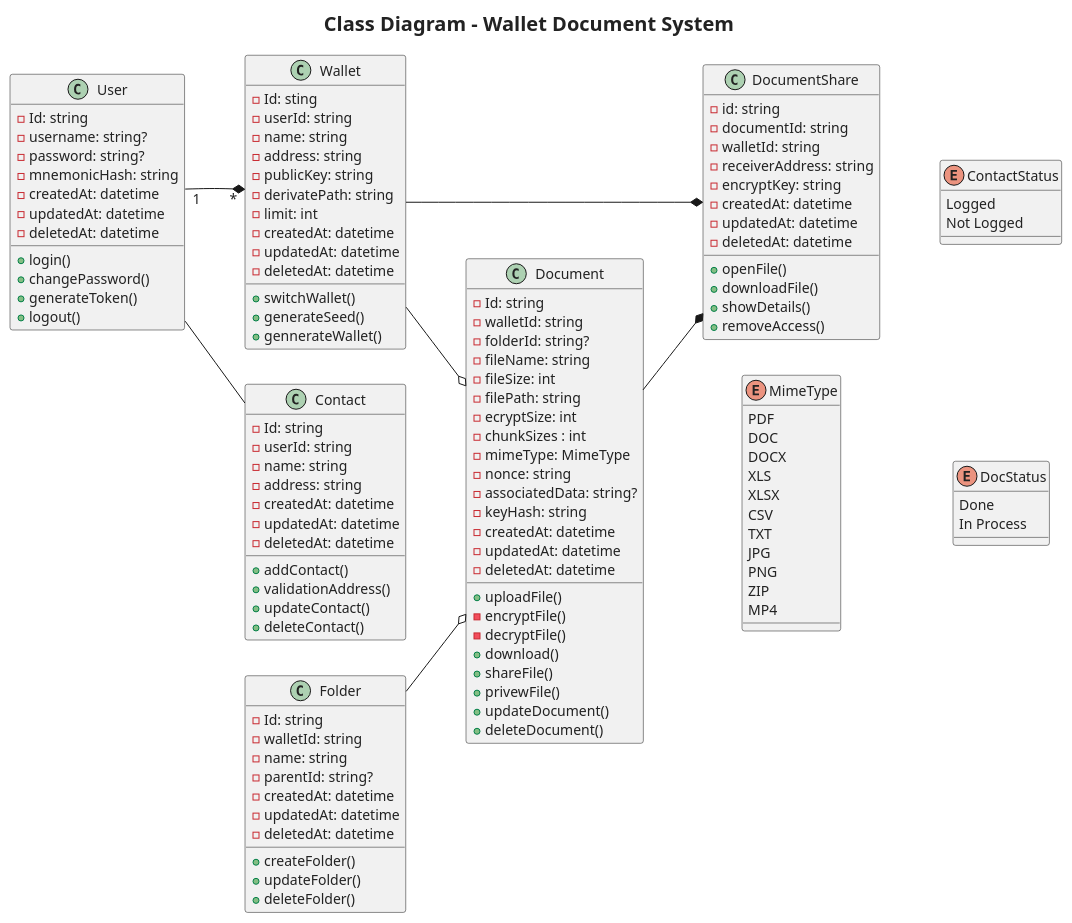
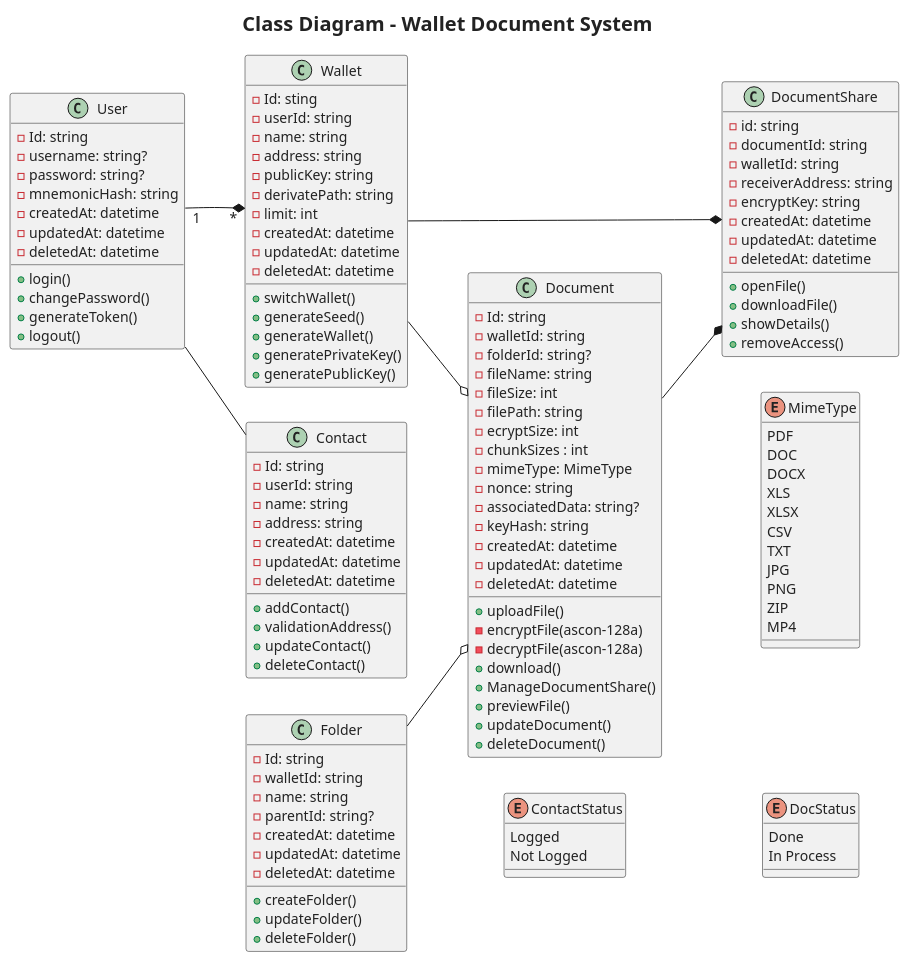
The diagram in class-diagram/docrypt_class diagram.puml (syafiq-ubay/walldoc-plantUML), drawn with PlantUML before and after one commit. The commit also changed 4 other files, not shown here.

```diff
--- a/class-diagram/docrypt_class diagram.puml
+++ b/class-diagram/docrypt_class diagram.puml
@@ -1,146 +1,148 @@
 @startuml
 skinparam defaultFontName "JetBrains Mono"
 skinparam defaultFontSize 14
 skinparam defaultFontColor #222222
 skinparam titleFontSize 20
 'skinparam linetype ortho
 skinparam linetype polyline
 left to right direction
 title Class Diagram - Wallet Document System
 
 class User {
     - Id: string
   - username: string?
   - password: string?
   - mnemonicHash: string
   - createdAt: datetime
   - updatedAt: datetime
   - deletedAt: datetime
   + login()
   + changePassword()
   + generateToken()
   + logout()
 }
 
 class Wallet {
   - Id: sting
   - userId: string
   - name: string
   - address: string
   - publicKey: string
   - derivatePath: string
   - limit: int
   - createdAt: datetime
   - updatedAt: datetime
   - deletedAt: datetime
   + switchWallet()
   + generateSeed()
-  + gennerateWallet()
+  + generateWallet()
+  + generatePrivateKey()
+  + generatePublicKey()
 }
 
 class Document {
   - Id: string
   - walletId: string
   - folderId: string?
   - fileName: string
   - fileSize: int
   - filePath: string
   - ecryptSize: int
   - chunkSizes : int
   - mimeType: MimeType
   - nonce: string
   - associatedData: string?
   - keyHash: string
   - createdAt: datetime
   - updatedAt: datetime
   - deletedAt: datetime
   + uploadFile()
-  - encryptFile()
-  - decryptFile()
+  - encryptFile(ascon-128a)
+  - decryptFile(ascon-128a)
   + download()
-  + shareFile()
-  + privewFile()
+  + ManageDocumentShare()
+  + previewFile()
   + updateDocument()
   +deleteDocument()
 }
 
 class Contact {
   - Id: string
   - userId: string
   - name: string
   - address: string
   - createdAt: datetime
   - updatedAt: datetime
   - deletedAt: datetime
   + addContact()
   + validationAddress()
   + updateContact()
   + deleteContact()
 }
 
 class Folder {
   - Id: string
   - walletId: string
   - name: string
   - parentId: string?
   - createdAt: datetime
   - updatedAt: datetime
   - deletedAt: datetime
   + createFolder()
   + updateFolder()
   + deleteFolder()
  }
 
 class DocumentShare {
   - id: string
   - documentId: string
   - walletId: string
   - receiverAddress: string
   - encryptKey: string
   - createdAt: datetime
   - updatedAt: datetime
   - deletedAt: datetime
   + openFile()
   + downloadFile()
   + showDetails()
   + removeAccess()
 }
 
 enum MimeType {
   PDF
   DOC
   DOCX
   XLS
   XLSX
   CSV
   TXT
   JPG
   PNG
   ZIP
   MP4
 }
 
 enum DocStatus {
   Done
   In Process
 }
 
 enum ContactStatus {
   Logged
   Not Logged
 }
 
 ' ==================== RELATIONSHIP ====================
 User -[hidden]- Wallet
 User "1"--*"*" Wallet
 ' User -- Document
 Wallet --o Document
 Folder --o Document
 Document --* DocumentShare
 Wallet --* DocumentShare
 User -- Contact
 
 Document -[hidden]- MimeType
-MimeType -[hidden]- DocStatus
-DocumentShare -[hidden]- ContactStatus
+ContactStatus -[hidden]- DocStatus
+Folder -[hidden]- ContactStatus
 @enduml
```
